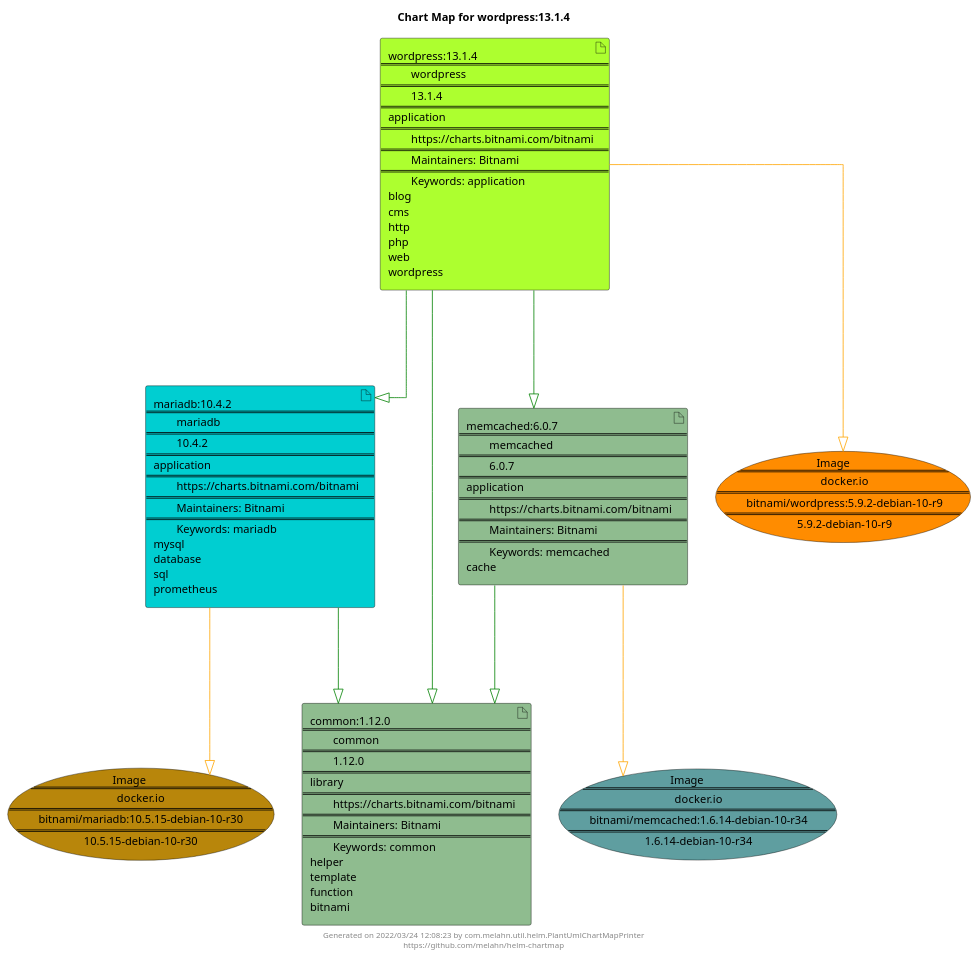
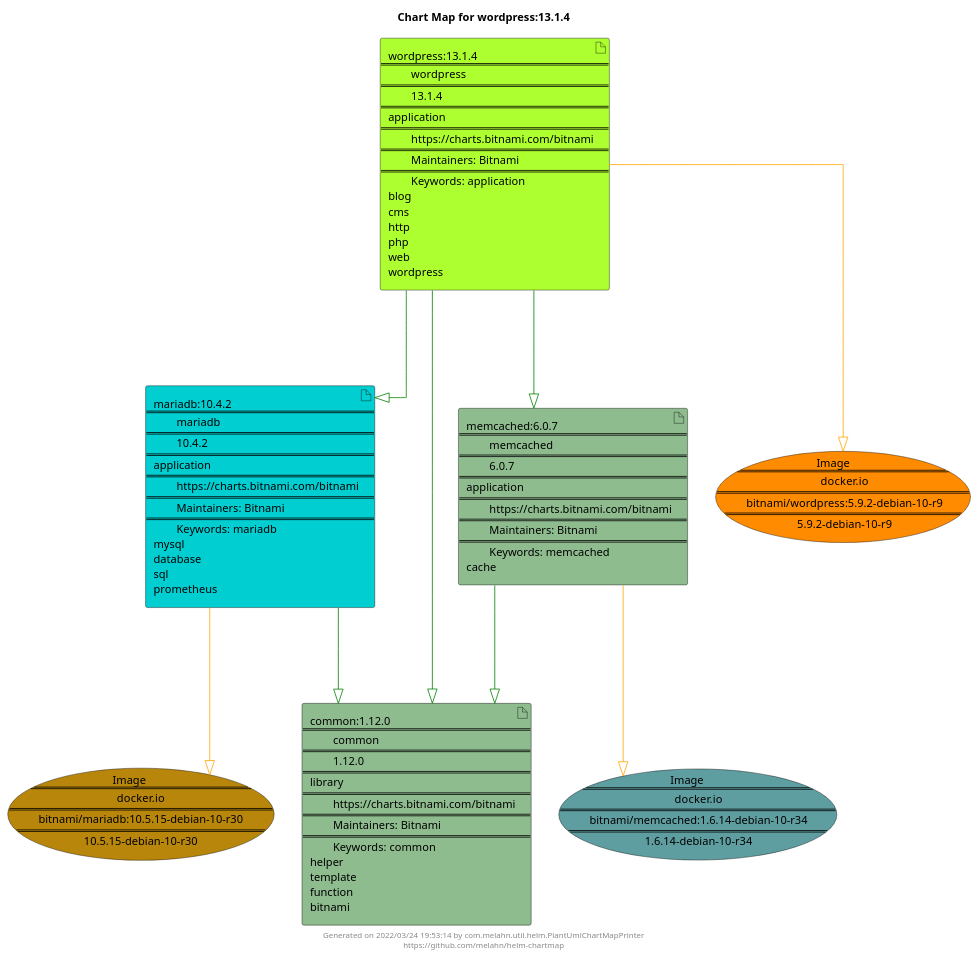
Before and after one commit to melahn/helm-chartmap: the diagram in docs/wordpress/wordpress-13.1.4.puml, drawn with PlantUML. The commit also changed 55 other files, not shown here.

Commit message:
Update Example Chart Maps as part of GitHub build

```diff
--- a/docs/wordpress/wordpress-13.1.4.puml
+++ b/docs/wordpress/wordpress-13.1.4.puml
@@ -1,33 +1,33 @@
 @startuml
 skinparam linetype ortho
 skinparam backgroundColor white
 skinparam usecaseBorderColor black
 skinparam usecaseArrowColor LightSlateGray
 skinparam artifactBorderColor black
 skinparam artifactArrowColor LightSlateGray
 
 title Chart Map for wordpress:13.1.4
 
 'There are 4 referenced Helm Charts
 artifact "wordpress:13.1.4\n====\n\twordpress\n====\n\t13.1.4\n====\napplication\n====\n\thttps://charts.bitnami.com/bitnami\n====\n\tMaintainers: Bitnami\n====\n\tKeywords: application\nblog\ncms\nhttp\nphp\nweb\nwordpress" as wordpress_13_1_4 #GreenYellow
 artifact "mariadb:10.4.2\n====\n\tmariadb\n====\n\t10.4.2\n====\napplication\n====\n\thttps://charts.bitnami.com/bitnami\n====\n\tMaintainers: Bitnami\n====\n\tKeywords: mariadb\nmysql\ndatabase\nsql\nprometheus" as mariadb_10_4_2 #DarkTurquoise
 artifact "memcached:6.0.7\n====\n\tmemcached\n====\n\t6.0.7\n====\napplication\n====\n\thttps://charts.bitnami.com/bitnami\n====\n\tMaintainers: Bitnami\n====\n\tKeywords: memcached\ncache" as memcached_6_0_7 #DarkSeaGreen
 artifact "common:1.12.0\n====\n\tcommon\n====\n\t1.12.0\n====\nlibrary\n====\n\thttps://charts.bitnami.com/bitnami\n====\n\tMaintainers: Bitnami\n====\n\tKeywords: common\nhelper\ntemplate\nfunction\nbitnami" as common_1_12_0 #DarkSeaGreen
 
 'There are 3 referenced Docker Images
 usecase "Image\n====\n\tdocker.io\n====\n\tbitnami/mariadb:10.5.15-debian-10-r30\n====\n\t10.5.15-debian-10-r30" as docker_io_bitnami_mariadb_10_5_15_debian_10_r30 #DarkGoldenRod
 usecase "Image\n====\n\tdocker.io\n====\n\tbitnami/memcached:1.6.14-debian-10-r34\n====\n\t1.6.14-debian-10-r34" as docker_io_bitnami_memcached_1_6_14_debian_10_r34 #CadetBlue
 usecase "Image\n====\n\tdocker.io\n====\n\tbitnami/wordpress:5.9.2-debian-10-r9\n====\n\t5.9.2-debian-10-r9" as docker_io_bitnami_wordpress_5_9_2_debian_10_r9 #Darkorange
 
 'Chart Dependencies
-wordpress_13_1_4--[#green]-|>common_1_12_0
 wordpress_13_1_4--[#green]-|>mariadb_10_4_2
 mariadb_10_4_2--[#green]-|>common_1_12_0
 wordpress_13_1_4--[#green]-|>memcached_6_0_7
 memcached_6_0_7--[#green]-|>common_1_12_0
+wordpress_13_1_4--[#green]-|>common_1_12_0
 wordpress_13_1_4--[#orange]-|>docker_io_bitnami_wordpress_5_9_2_debian_10_r9
 mariadb_10_4_2--[#orange]-|>docker_io_bitnami_mariadb_10_5_15_debian_10_r30
 memcached_6_0_7--[#orange]-|>docker_io_bitnami_memcached_1_6_14_debian_10_r34
 
-center footer Generated on 2022/03/24 12:08:23 by com.melahn.util.helm.PlantUmlChartMapPrinter\nhttps://github.com/melahn/helm-chartmap
+center footer Generated on 2022/03/24 19:53:14 by com.melahn.util.helm.PlantUmlChartMapPrinter\nhttps://github.com/melahn/helm-chartmap
 @enduml
```
